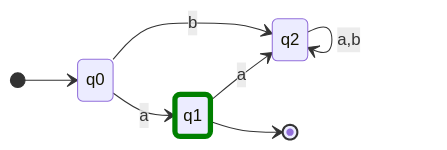
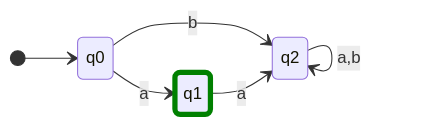
One commit to TomBPotochek/ApuntesMateDiscreta changed the diagram in Automatas Finitos Deterministicos.md. Above: the diagram before and after it, drawn with Mermaid. The commit also changed other lines of this file and 12 other files, not shown here.

````diff
--- a/Automatas Finitos Deterministicos.md
+++ b/Automatas Finitos Deterministicos.md
@@ -20,13 +20,13 @@
 ```mermaid
 stateDiagram
 	classDef End stroke-width:5px,stroke:green
     direction LR
     [*] --> q0
     q0 --> q1 : a
     q0 --> q2 : b
     q1 --> q2 : a
-    q1 --> [*]
+
     q2 --> q2 : a,b
 
 	class q1 End
 ```
````
